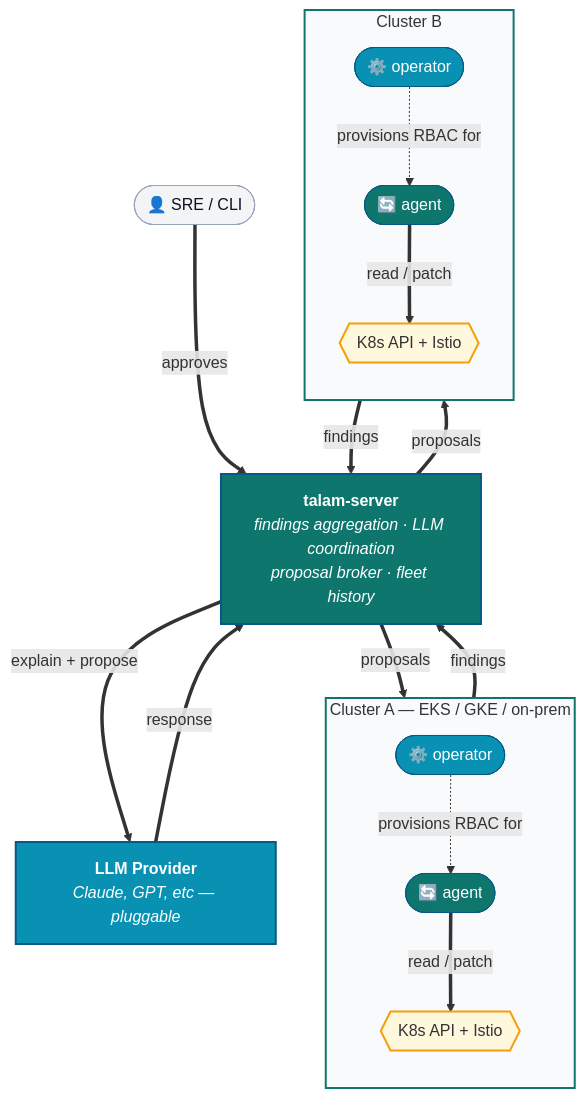
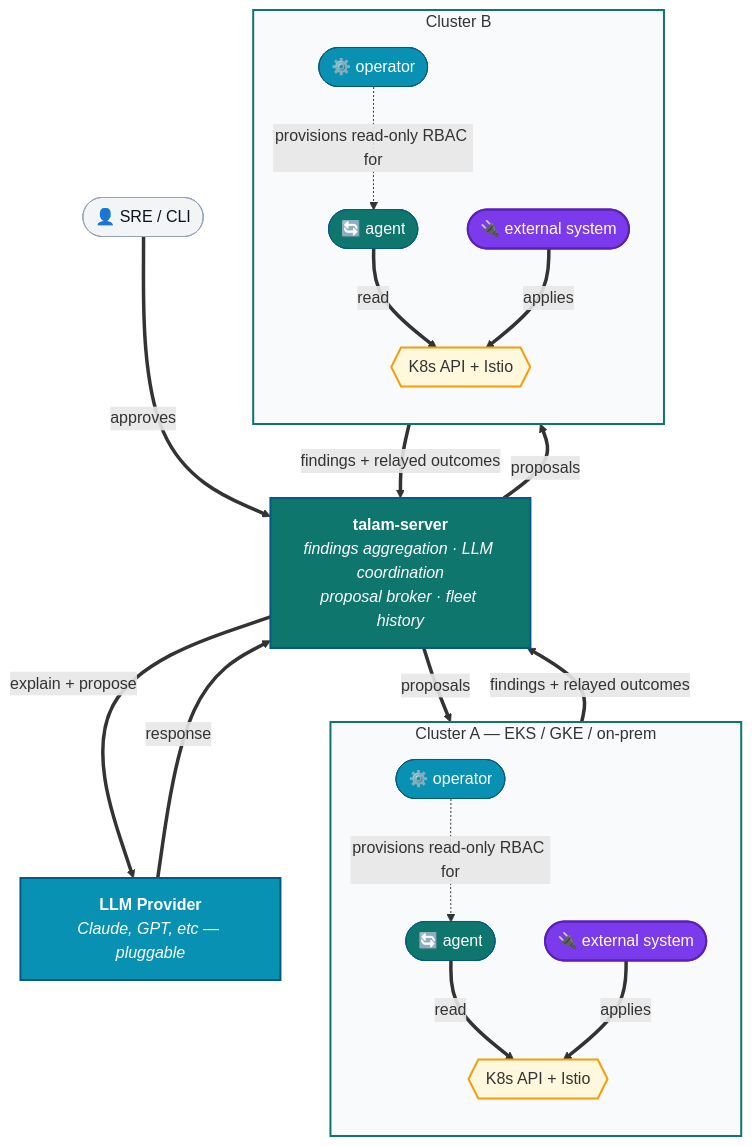
One commit to nirvanagit/talam changed the second of 2 diagrams in docs/architecture/overview.md. Above: the diagram before and after it, drawn with Mermaid. The commit also changed other lines of this file and 35 other files, not shown here.

````diff
--- a/docs/architecture/overview.md
+++ b/docs/architecture/overview.md
@@ -91,49 +104,55 @@
 ```mermaid
 flowchart TB
     User(["👤 SRE / CLI"])
     Server["<b>talam-server</b><br/><i>findings aggregation · LLM coordination<br/>proposal broker · fleet history</i>"]
     LLM["<b>LLM Provider</b><br/><i>Claude, GPT, etc — pluggable</i>"]
 
     User == "approves" ==> Server
     Server == "explain + propose" ==> LLM
     LLM == "response" ==> Server
 
     subgraph ClusterA["Cluster A — EKS / GKE / on-prem"]
         direction TB
         OpA(["⚙️ operator"])
         AgentA(["🔄 agent"])
+        ExtA(["🔌 external system"])
         ApiA{{"K8s API + Istio"}}
-        OpA -. "provisions RBAC for" .-> AgentA
-        AgentA == "read / patch" ==> ApiA
+        OpA -. "provisions read-only RBAC for" .-> AgentA
+        AgentA == "read" ==> ApiA
+        ExtA == "applies" ==> ApiA
     end
 
     subgraph ClusterB["Cluster B"]
         direction TB
         OpB(["⚙️ operator"])
         AgentB(["🔄 agent"])
+        ExtB(["🔌 external system"])
         ApiB{{"K8s API + Istio"}}
-        OpB -. "provisions RBAC for" .-> AgentB
-        AgentB == "read / patch" ==> ApiB
+        OpB -. "provisions read-only RBAC for" .-> AgentB
+        AgentB == "read" ==> ApiB
+        ExtB == "applies" ==> ApiB
     end
 
     Server == "proposals" ==> ClusterA
     Server == "proposals" ==> ClusterB
-    AgentA == "findings" ==> Server
-    AgentB == "findings" ==> Server
+    AgentA == "findings + relayed outcomes" ==> Server
+    AgentB == "findings + relayed outcomes" ==> Server
 
     classDef serverStyle fill:#0f766e,color:#fff,stroke:#075985,stroke-width:2px
     classDef llmStyle fill:#0891b2,color:#fff,stroke:#075985,stroke-width:2px
     classDef userStyle fill:#f3f4f6,color:#0b1220,stroke:#94a3b8
     classDef clusterStyle fill:#f8fafc,stroke:#0f766e,stroke-width:2px
     classDef opStyle fill:#0891b2,color:#fff,stroke:#075985
     classDef agStyle fill:#0f766e,color:#fff,stroke:#075985
+    classDef extStyle fill:#7c3aed,color:#fff,stroke:#5b21b6,stroke-width:2px
     classDef apiStyle fill:#fff8dc,stroke:#f59e0b,stroke-width:2px
 
     class Server serverStyle
     class LLM llmStyle
     class User userStyle
     class ClusterA,ClusterB clusterStyle
     class OpA,OpB opStyle
     class AgentA,AgentB agStyle
+    class ExtA,ExtB extStyle
     class ApiA,ApiB apiStyle
 ```
````
